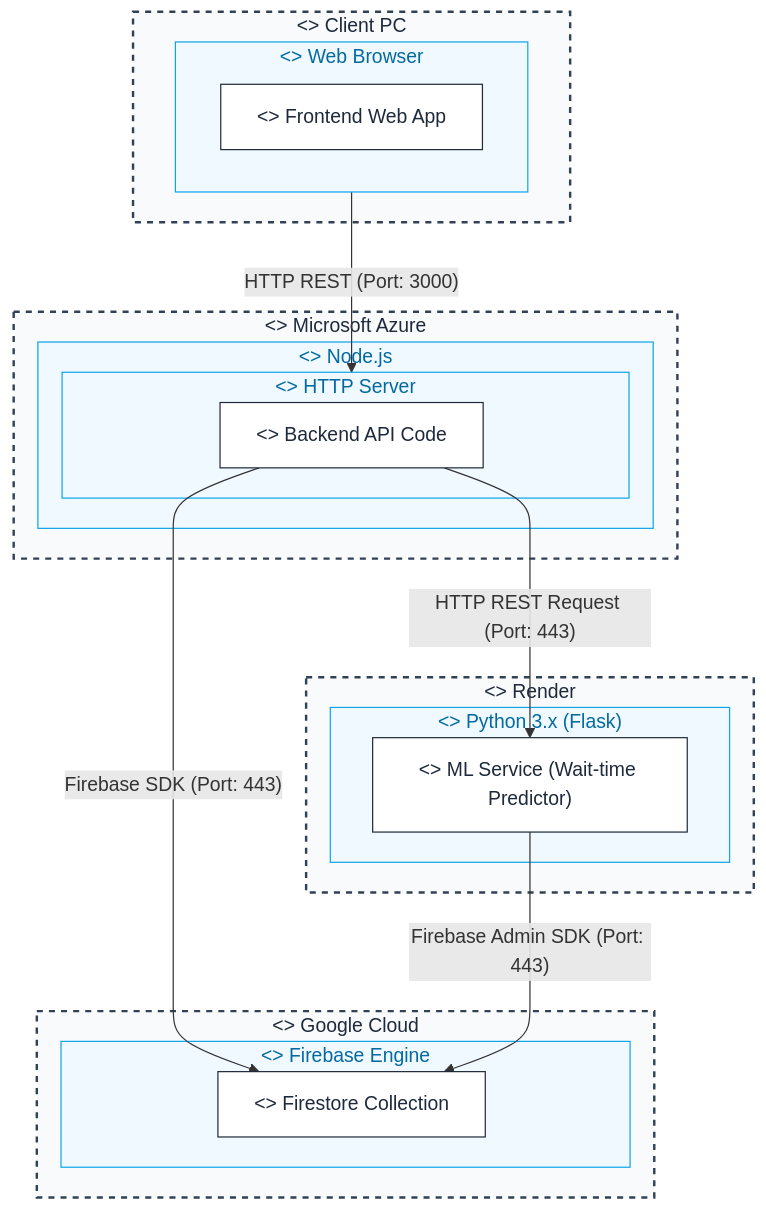
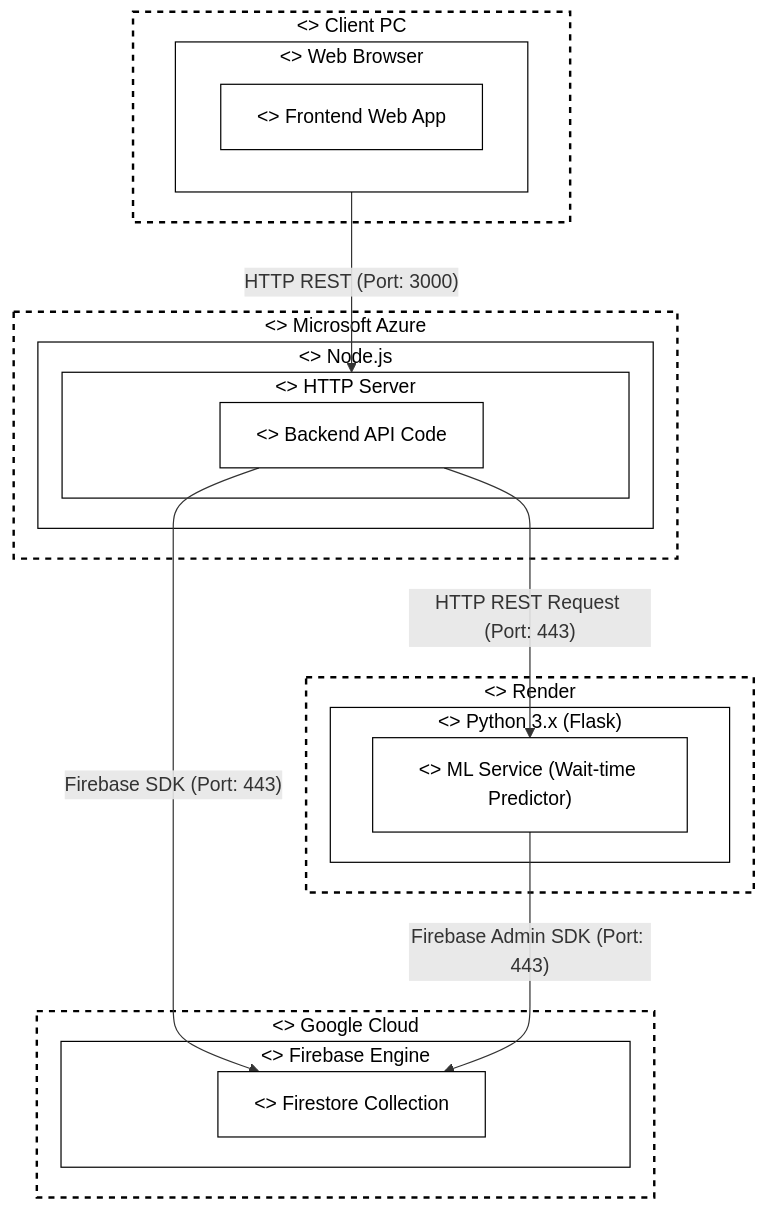
One commit to khavi22/smartClinic changed the diagram in docs/architecture/deployment_topology.md. Above: the diagram before and after it, drawn with Mermaid. The commit also changed 2 other files, not shown here.

Commit message:
revamped the diagram

````diff
--- a/docs/architecture/deployment_topology.md
+++ b/docs/architecture/deployment_topology.md
@@ -7,47 +7,47 @@
 ```mermaid
 graph TD
-    classDef device fill:#f8fafc,stroke:#334155,stroke-width:2px,stroke-dasharray: 5 5,color:#1e293b;
-    classDef env fill:#f0f9ff,stroke:#0ea5e9,stroke-width:1px,color:#0369a1;
-    classDef artifact fill:#ffffff,stroke:#1e293b,stroke-width:1px,color:#1e293b;
+    classDef device fill:#fff,stroke:#000,stroke-width:2px,stroke-dasharray: 5 5,color:#000;
+    classDef env fill:#fff,stroke:#000,stroke-width:1px,color:#000;
+    classDef artifact fill:#fff,stroke:#000,stroke-width:1px,color:#000;
     
     %% --- Client Side ---
     subgraph ClientPC ["<<device>> Client PC"]
         subgraph BrowserEnv ["<<Execution Environment>> Web Browser"]
             FrontendArtifact["<<artifact>> Frontend Web App"]
         end
     end
 
     %% --- Backend API ---
     subgraph AzureNode ["<<device>> Microsoft Azure"]
         subgraph NodeEnv ["<<Execution Environment>> Node.js"]
             subgraph HTTPServer ["<<Execution Environment>> HTTP Server"]
                 BackendArtifact["<<artifact>> Backend API Code"]
             end
         end
     end
 
     %% --- ML Service (Render) ---
     subgraph RenderNode ["<<device>> Render"]
         subgraph PythonEnv ["<<Execution Environment>> Python 3.x (Flask)"]
             MLArtifact["<<artifact>> ML Service (Wait-time Predictor)"]
         end
     end
 
     %% --- Database (Google Cloud) ---
     subgraph GCPNode ["<<device>> Google Cloud"]
         subgraph FirebaseEnv ["<<Execution Environment>> Firebase Engine"]
             FirestoreArtifact["<<artifact>> Firestore Collection"]
         end
     end
 
     %% --- Connections ---
     BrowserEnv -- "HTTP REST (Port: 3000)" --> HTTPServer
     BackendArtifact -- "HTTP REST Request (Port: 443)" --> MLArtifact
     BackendArtifact -- "Firebase SDK (Port: 443)" --> FirestoreArtifact
     MLArtifact -- "Firebase Admin SDK (Port: 443)" --> FirestoreArtifact
 
     %% Apply Classes for UML-like styling
     class ClientPC,AzureNode,RenderNode,GCPNode device;
     class BrowserEnv,NodeEnv,HTTPServer,PythonEnv,FirebaseEnv env;
     class FrontendArtifact,BackendArtifact,MLArtifact,FirestoreArtifact artifact;
 ```
````
